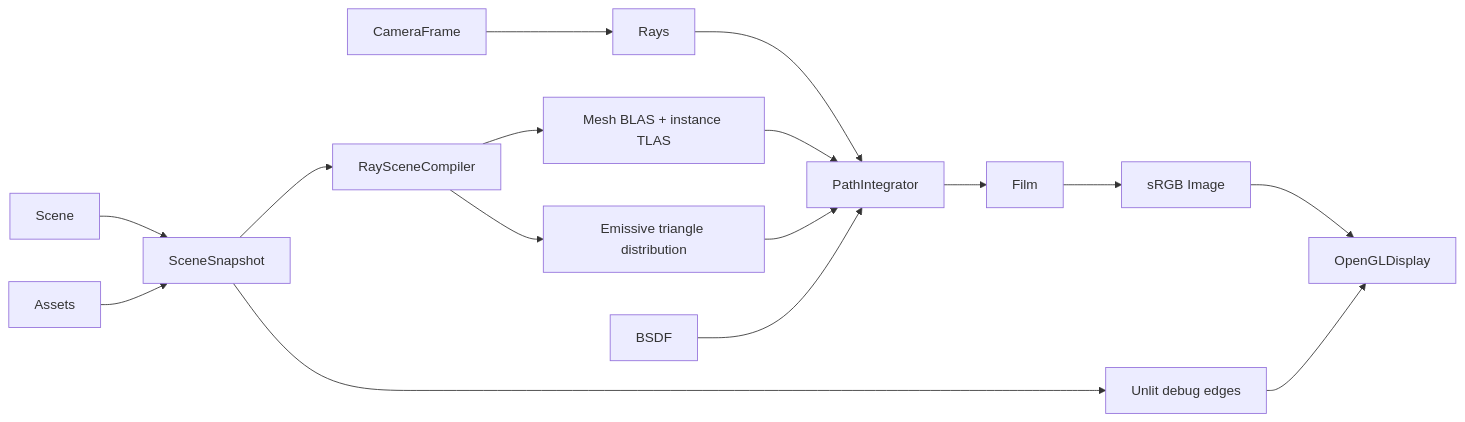
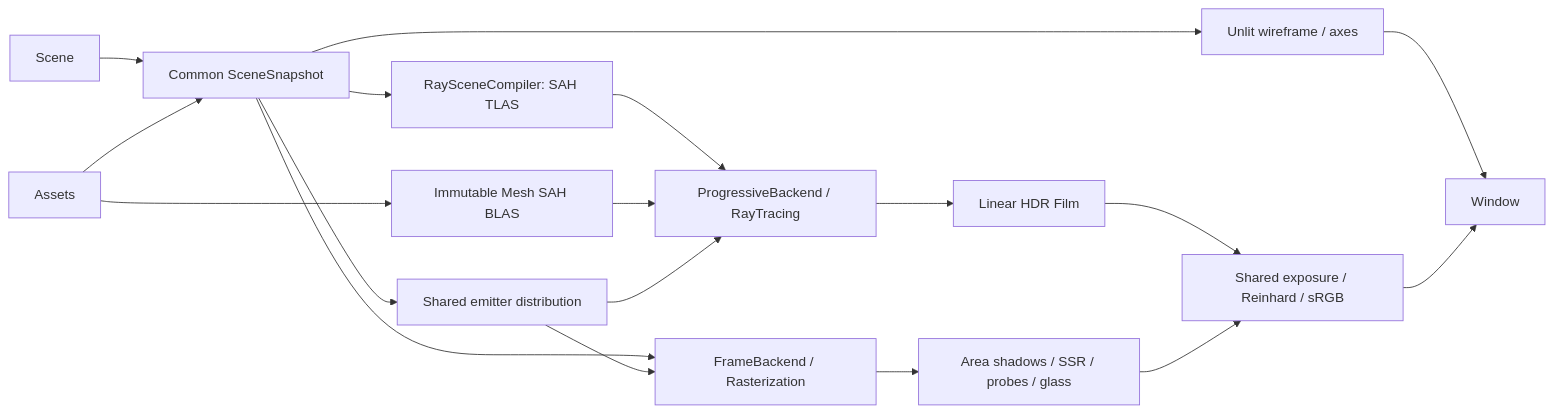
One commit to SouPuppy/Jade changed the diagram in docs/Architecture.md. Above: the diagram before and after it, drawn with Mermaid. The commit also changed other lines of this file and 62 other files, not shown here.

````diff
--- a/docs/Architecture.md
+++ b/docs/Architecture.md
@@ -7,18 +7,20 @@
 ```mermaid
 flowchart LR
-  Scene --> Snapshot[SceneSnapshot]
+  Scene --> Snapshot[Common SceneSnapshot]
   Assets --> Snapshot
-  Snapshot --> Compiler[RaySceneCompiler]
-  Compiler --> Geometry[Mesh BLAS + instance TLAS]
-  Compiler --> Emitters[Emissive triangle distribution]
-  Camera[CameraFrame] --> Rays
-  Rays --> Integrator[PathIntegrator]
-  Geometry --> Integrator
-  Emitters --> Integrator
-  BSDF --> Integrator
-  Integrator --> Film
-  Film --> Image[sRGB Image]
-  Image --> Display[OpenGLDisplay]
-  Snapshot --> Wireframe[Unlit debug edges]
-  Wireframe --> Display
+  Snapshot --> Emitters[Shared emitter distribution]
+  Snapshot --> Compiler[RaySceneCompiler: SAH TLAS]
+  Assets --> BLAS[Immutable Mesh SAH BLAS]
+  Compiler --> Ray[ProgressiveBackend / RayTracing]
+  BLAS --> Ray
+  Emitters --> Ray
+  Ray --> Film[Linear HDR Film]
+  Snapshot --> Raster[FrameBackend / Rasterization]
+  Emitters --> Raster
+  Raster --> GPU[Area shadows / SSR / probes / glass]
+  Film --> Display[Shared exposure / Reinhard / sRGB]
+  GPU --> Display
+  Snapshot --> Debug[Unlit wireframe / axes]
+  Debug --> Window
+  Display --> Window
 ```
````
